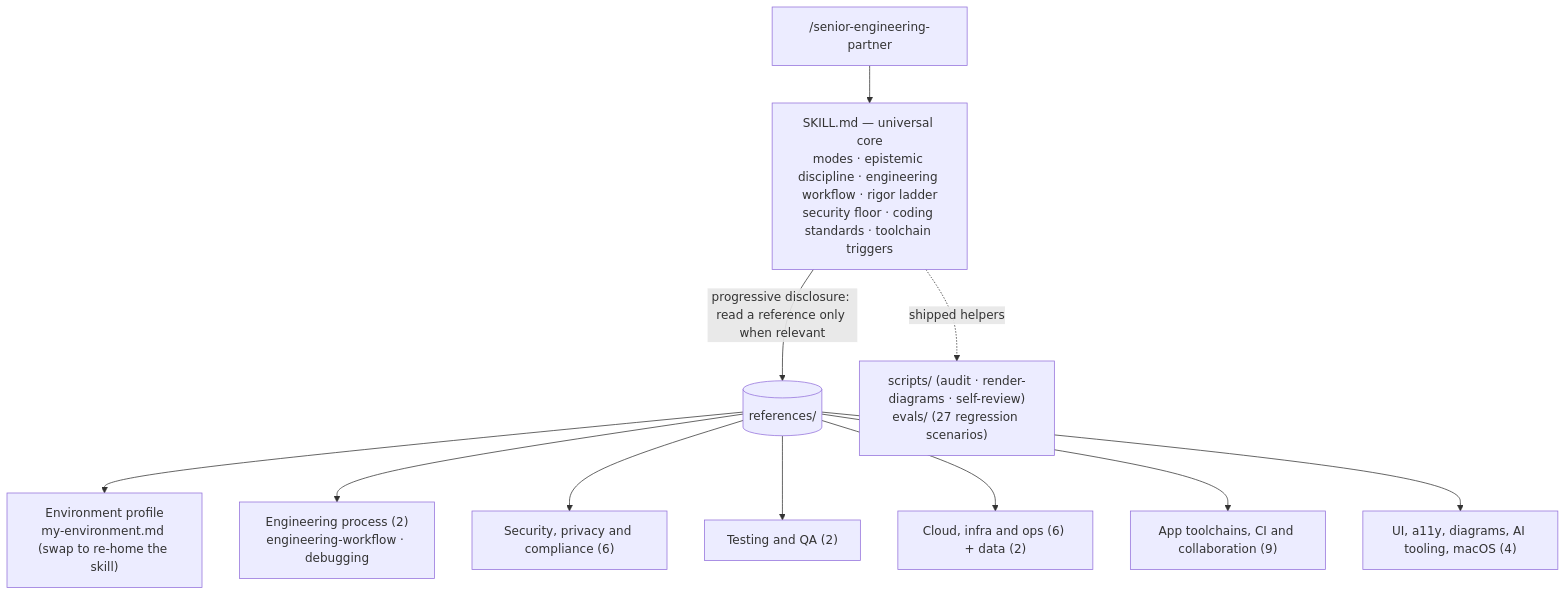
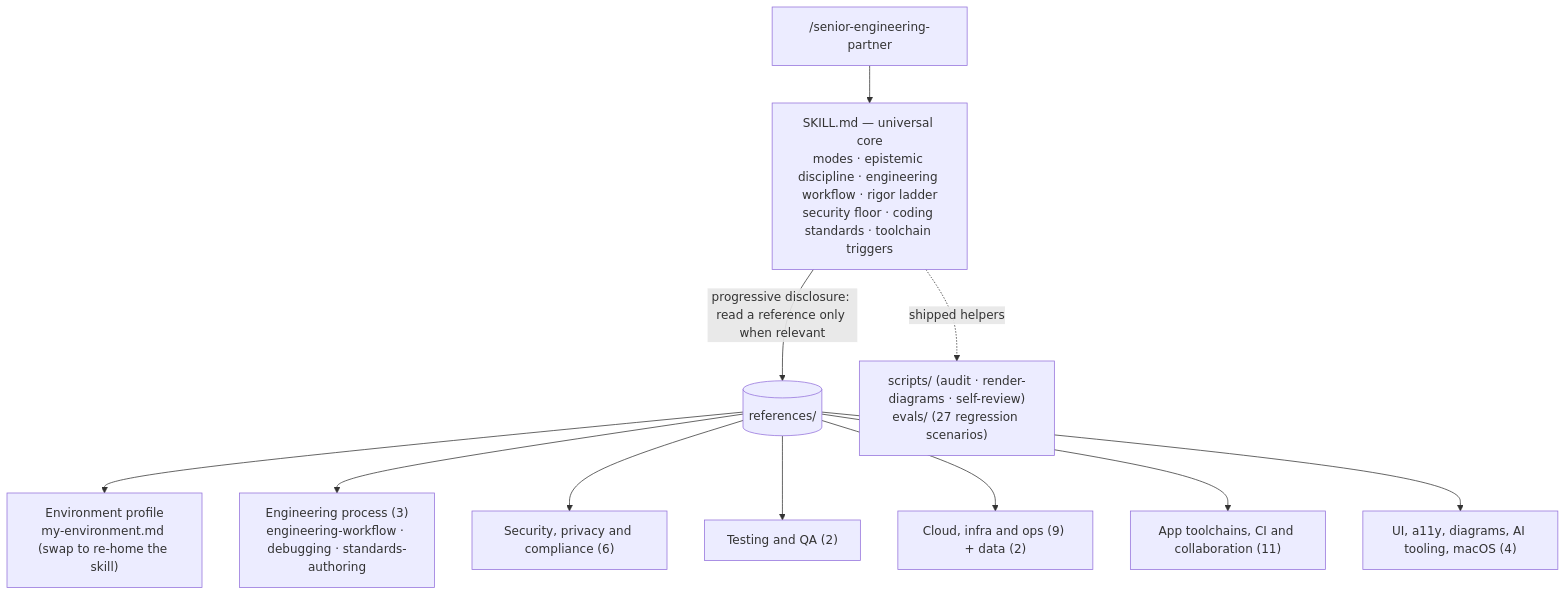
Before and after one commit to bjgreenberg/senior-engineering-partner: the first of 3 diagrams in README.md, drawn with Mermaid. The commit also changed other lines of this file, not shown here.

````diff
--- a/README.md
+++ b/README.md
@@ -72,14 +72,14 @@
 ```mermaid
 flowchart TD
     U["/senior-engineering-partner"] --> C
     C["SKILL.md — universal core<br/>modes · epistemic discipline · engineering workflow · rigor ladder<br/>security floor · coding standards · toolchain triggers"]
     C -->|"progressive disclosure: read a reference only when relevant"| R[(references/)]
     C -.->|"shipped helpers"| K["scripts/ (audit · render-diagrams · self-review)<br/>evals/ (27 regression scenarios)"]
     R --> P["Environment profile<br/>my-environment.md (swap to re-home the skill)"]
-    R --> W["Engineering process (2)<br/>engineering-workflow · debugging"]
+    R --> W["Engineering process (3)<br/>engineering-workflow · debugging · standards-authoring"]
     R --> S["Security, privacy and compliance (6)"]
     R --> T["Testing and QA (2)"]
-    R --> I["Cloud, infra and ops (6) + data (2)"]
-    R --> A["App toolchains, CI and collaboration (9)"]
+    R --> I["Cloud, infra and ops (9) + data (2)"]
+    R --> A["App toolchains, CI and collaboration (11)"]
     R --> X["UI, a11y, diagrams, AI tooling, macOS (4)"]
 ```
````
